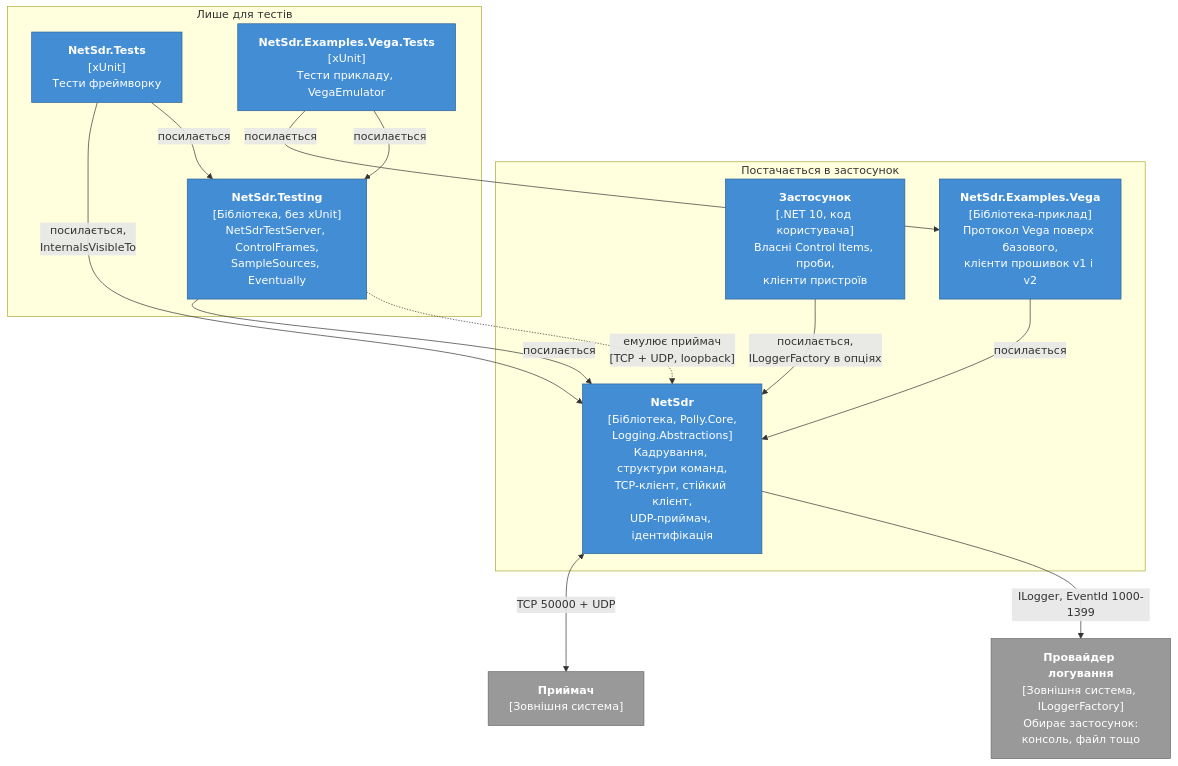
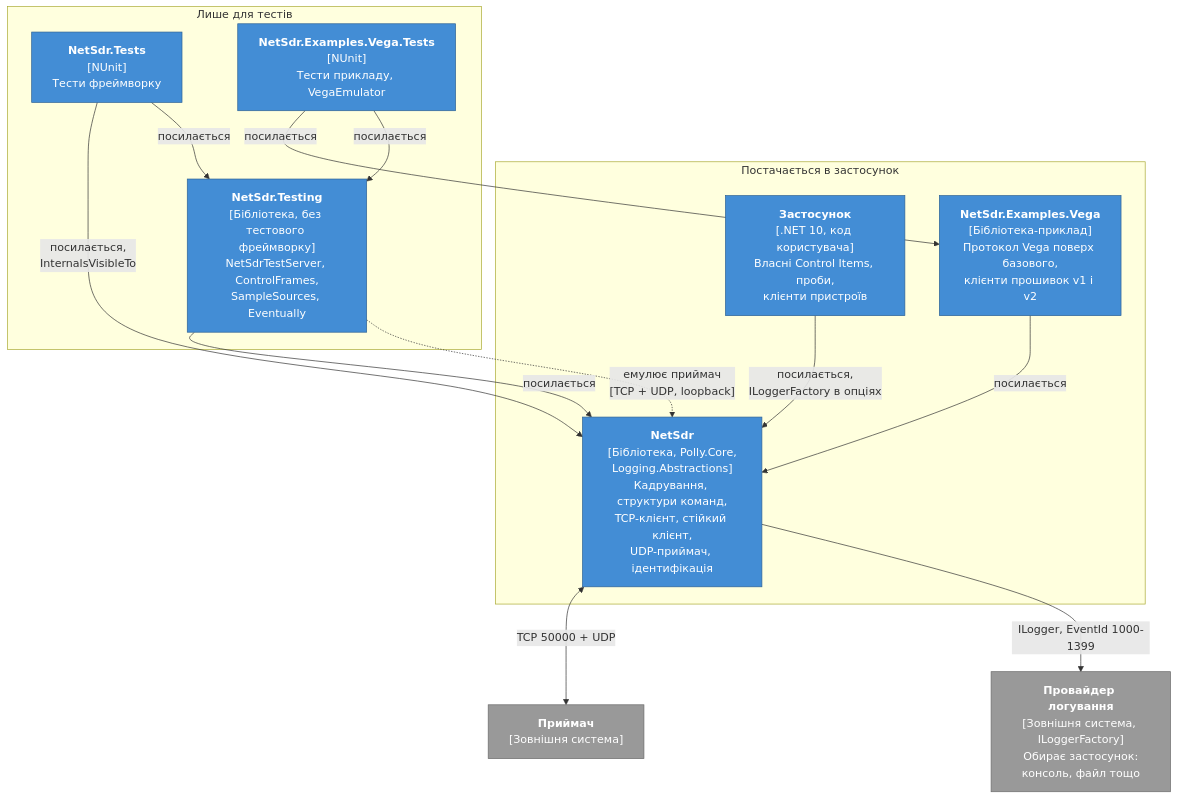
Before and after one commit to vadimart92/NetSdrClient: the second of 7 diagrams in docs/architecture.md, drawn with Mermaid. The commit also changed other lines of this file and 53 other files, not shown here.

First line of the commit message:
test: move the tests from xUnit to NUnit

````diff
--- a/docs/architecture.md
+++ b/docs/architecture.md
@@ -69,34 +69,34 @@
 ```mermaid
 flowchart TB
     rx["<b>Приймач</b><br/>[Зовнішня система]"]
 
     subgraph ship["Постачається в застосунок"]
         app["<b>Застосунок</b><br/>[.NET 10, код користувача]<br/>Власні Control Items, проби,<br/>клієнти пристроїв"]
         vega["<b>NetSdr.Examples.Vega</b><br/>[Бібліотека-приклад]<br/>Протокол Vega поверх базового,<br/>клієнти прошивок v1 і v2"]
         core["<b>NetSdr</b><br/>[Бібліотека, Polly.Core,<br/>Logging.Abstractions]<br/>Кадрування, структури команд,<br/>TCP-клієнт, стійкий клієнт,<br/>UDP-приймач, ідентифікація"]
     end
 
     logs["<b>Провайдер логування</b><br/>[Зовнішня система, ILoggerFactory]<br/>Обирає застосунок:<br/>консоль, файл тощо"]
 
     subgraph testonly["Лише для тестів"]
-        testing["<b>NetSdr.Testing</b><br/>[Бібліотека, без xUnit]<br/>NetSdrTestServer, ControlFrames,<br/>SampleSources, Eventually"]
-        tests["<b>NetSdr.Tests</b><br/>[xUnit]<br/>Тести фреймворку"]
-        vtests["<b>NetSdr.Examples.Vega.Tests</b><br/>[xUnit]<br/>Тести прикладу, VegaEmulator"]
+        testing["<b>NetSdr.Testing</b><br/>[Бібліотека, без тестового фреймворку]<br/>NetSdrTestServer, ControlFrames,<br/>SampleSources, Eventually"]
+        tests["<b>NetSdr.Tests</b><br/>[NUnit]<br/>Тести фреймворку"]
+        vtests["<b>NetSdr.Examples.Vega.Tests</b><br/>[NUnit]<br/>Тести прикладу, VegaEmulator"]
     end
 
     app -->|"посилається,<br/>ILoggerFactory в опціях"| core
     vega -->|"посилається"| core
     testing -->|"посилається"| core
     tests -->|"посилається,<br/>InternalsVisibleTo"| core
     tests -->|"посилається"| testing
     vtests -->|"посилається"| vega
     vtests -->|"посилається"| testing
     core <-->|"TCP 50000 + UDP"| rx
     testing -.->|"емулює приймач<br/>[TCP + UDP, loopback]"| core
     core -->|"ILogger, EventId 1000-1399"| logs
 
     classDef container fill:#438DD5,stroke:#2E6295,color:#fff
     classDef external fill:#999999,stroke:#6B6B6B,color:#fff
     class app,vega,core,testing,tests,vtests container
     class rx,logs external
 ```
````
